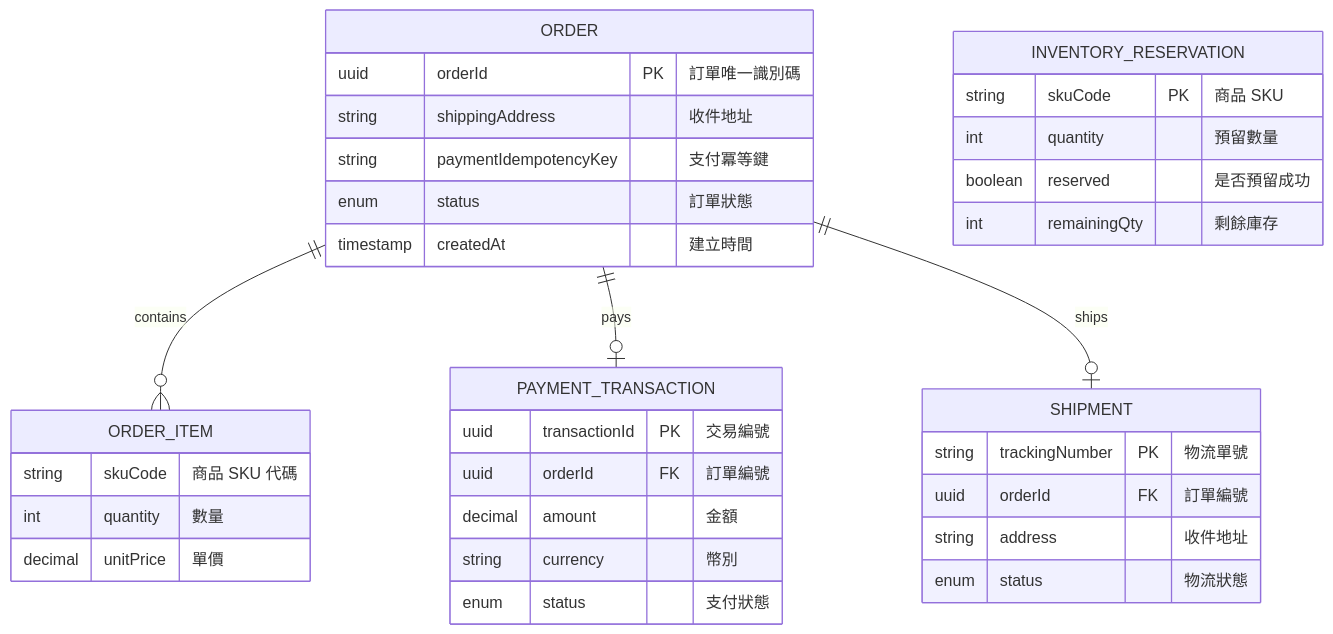
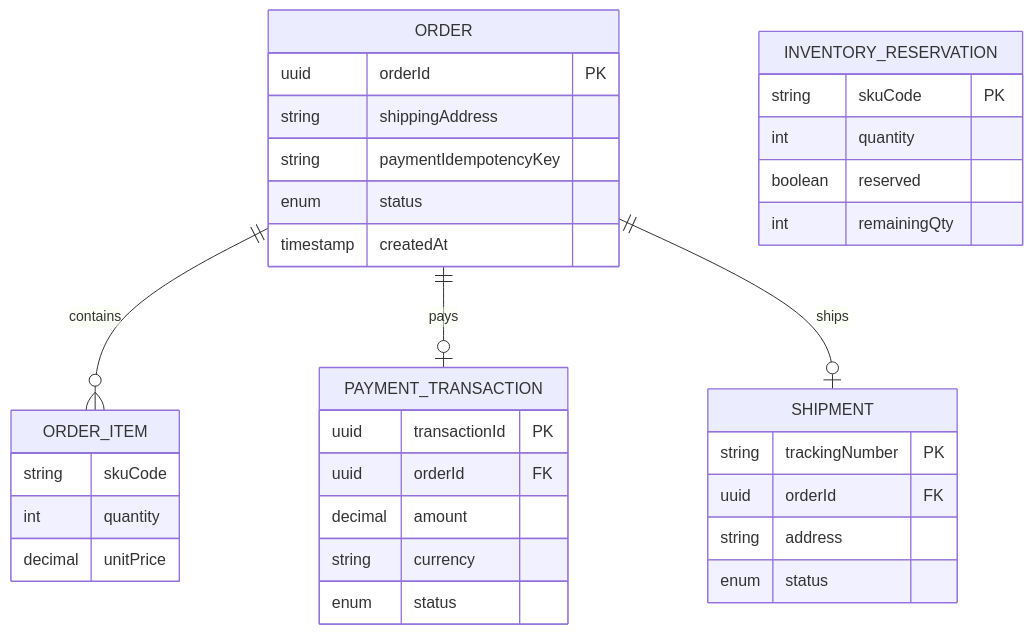
One commit to ChunPingWang/resilience4j-poc changed the fourth of 16 diagrams in README.md. Above: the diagram before and after it, drawn with Mermaid. The commit also changed other lines of this file, not shown here.

Commit message:
fix: 修正 ER Diagram Mermaid 渲染問題
- 移除 erDiagram 中的中文註釋（Mermaid 對中文支援不佳）
- 將關聯定義移到屬性定義之前
- 新增欄位說明表格，保留中文說明

修正前：
```
ORDER {
    uuid orderId PK "訂單唯一識別碼"
}
```

修正後：
```
ORDER {
    uuid orderId PK
}
```
+ 獨立的欄位說明表格

````diff
--- a/README.md
+++ b/README.md
@@ -486,41 +486,42 @@
 ```mermaid
 erDiagram
     ORDER ||--o{ ORDER_ITEM : contains
+    ORDER ||--o| PAYMENT_TRANSACTION : pays
+    ORDER ||--o| SHIPMENT : ships
+
     ORDER {
-        uuid orderId PK "訂單唯一識別碼"
-        string shippingAddress "收件地址"
-        string paymentIdempotencyKey "支付冪等鍵"
-        enum status "訂單狀態"
-        timestamp createdAt "建立時間"
+        uuid orderId PK
+        string shippingAddress
+        string paymentIdempotencyKey
+        enum status
+        timestamp createdAt
     }
+
     ORDER_ITEM {
-        string skuCode "商品 SKU 代碼"
-        int quantity "數量"
-        decimal unitPrice "單價"
+        string skuCode
+        int quantity
+        decimal unitPrice
     }
 
     INVENTORY_RESERVATION {
-        string skuCode PK "商品 SKU"
-        int quantity "預留數量"
-        boolean reserved "是否預留成功"
-        int remainingQty "剩餘庫存"
+        string skuCode PK
+        int quantity
+        boolean reserved
+        int remainingQty
     }
 
     PAYMENT_TRANSACTION {
-        uuid transactionId PK "交易編號"
-        uuid orderId FK "訂單編號"
-        decimal amount "金額"
-        string currency "幣別"
-        enum status "支付狀態"
+        uuid transactionId PK
+        uuid orderId FK
+        decimal amount
+        string currency
+        enum status
     }
 
     SHIPMENT {
-        string trackingNumber PK "物流單號"
-        uuid orderId FK "訂單編號"
-        string address "收件地址"
-        enum status "物流狀態"
+        string trackingNumber PK
+        uuid orderId FK
+        string address
+        enum status
     }
-
-    ORDER ||--o| PAYMENT_TRANSACTION : pays
-    ORDER ||--o| SHIPMENT : ships
 ```
````
